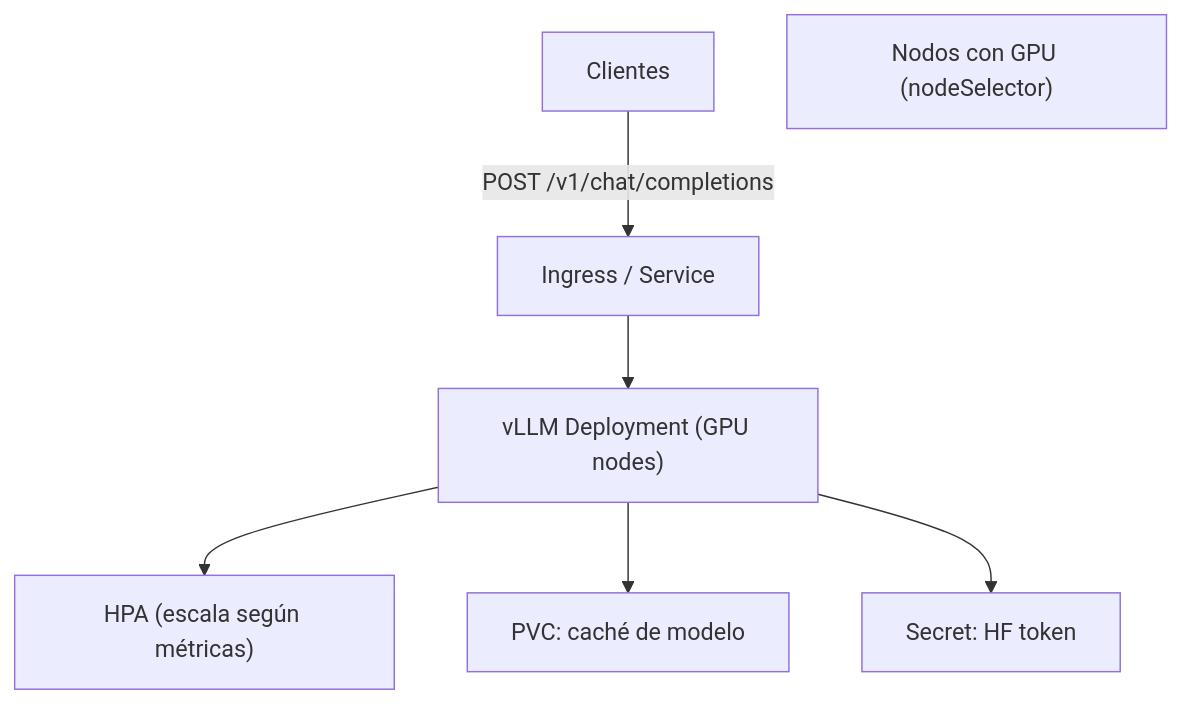
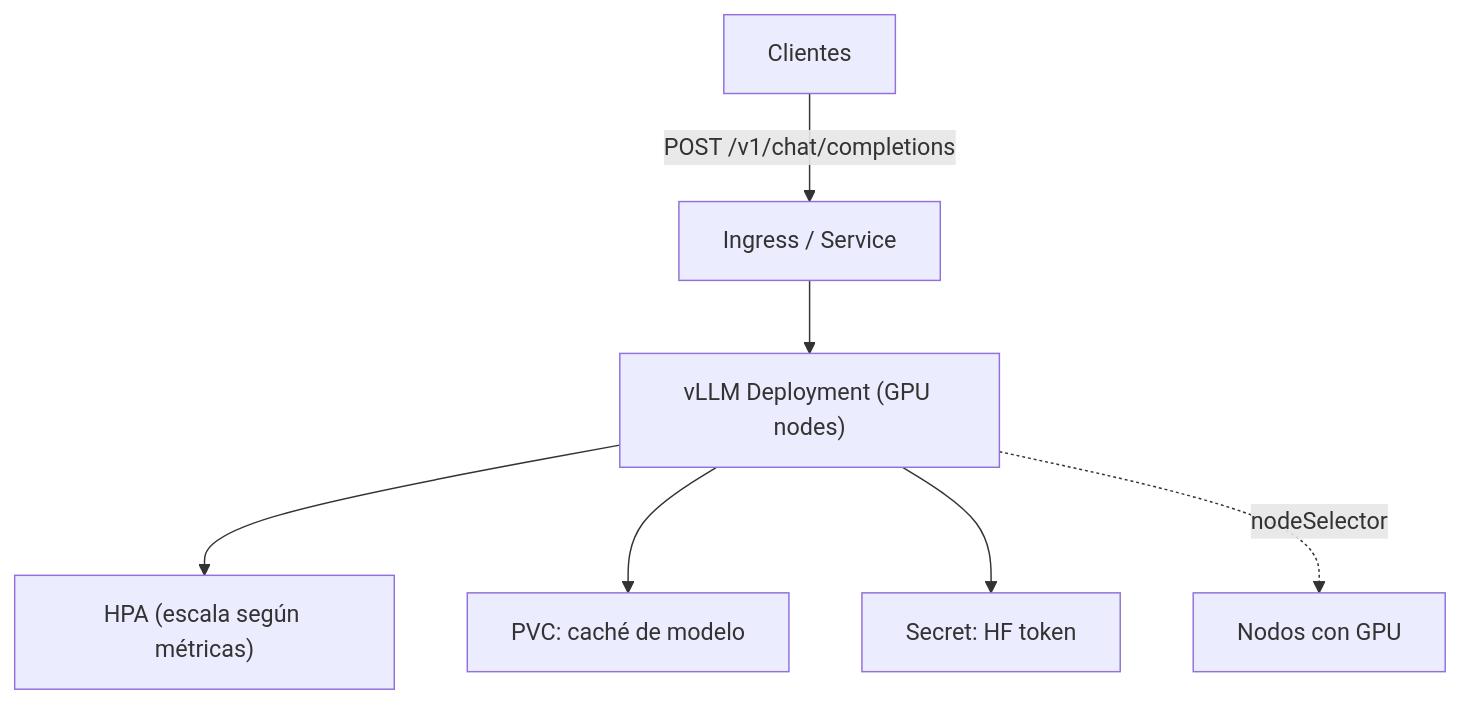
Before and after one commit to Damianpiazz/K8s: the diagram in docs/casos-de-uso/ia-ml.md, drawn with Mermaid. The commit also changed 1 other file, not shown here.

Commit message:
fix(docs): corregir diagramas Mermaid rotos - nodo huérfano y nodo duplicado

````diff
--- a/docs/casos-de-uso/ia-ml.md
+++ b/docs/casos-de-uso/ia-ml.md
@@ -27,9 +27,9 @@
 ```mermaid
 flowchart TB
     CLI["Clientes"] -->|"POST /v1/chat/completions"| ING["Ingress / Service"]
     ING --> DEP["vLLM Deployment (GPU nodes)"]
     DEP --> HPA["HPA (escala según métricas)"]
     DEP --> PVC["PVC: caché de modelo"]
     DEP --> SEC["Secret: HF token"]
-    NODES["Nodos con GPU (nodeSelector)"]
+    DEP -.->|"nodeSelector"| NODES["Nodos con GPU"]
 ```
````
